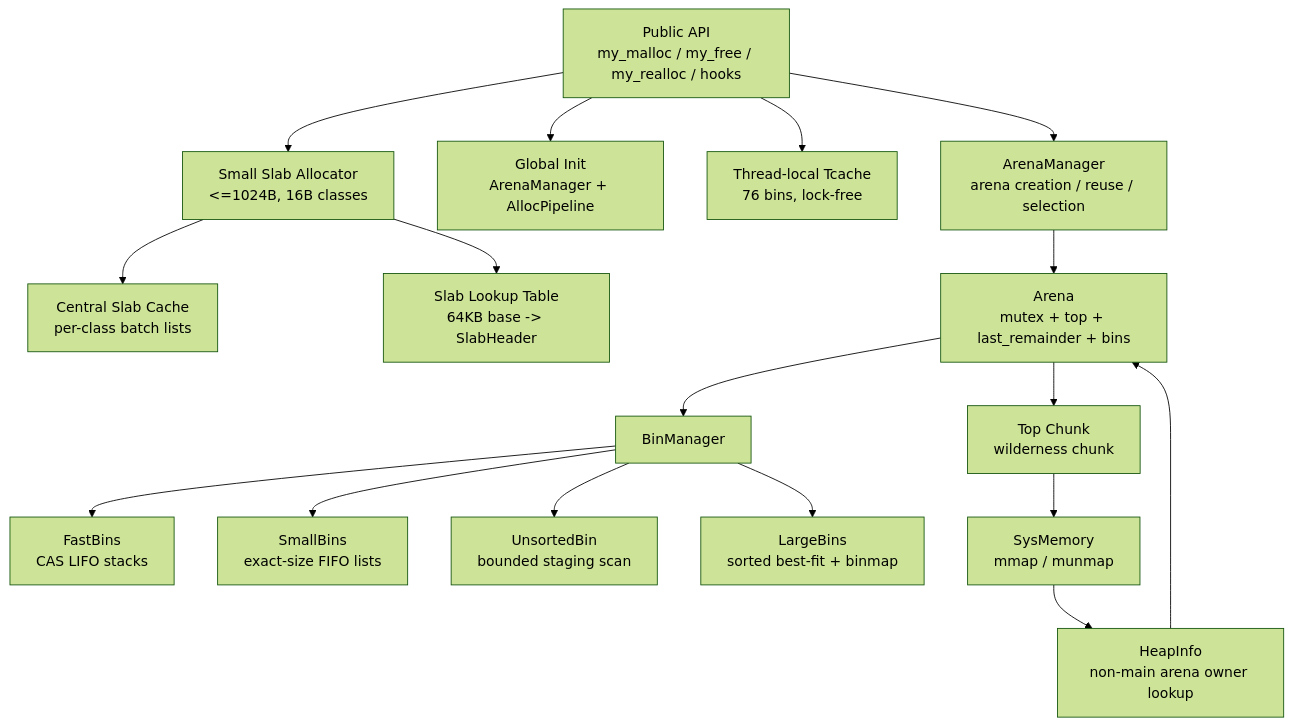
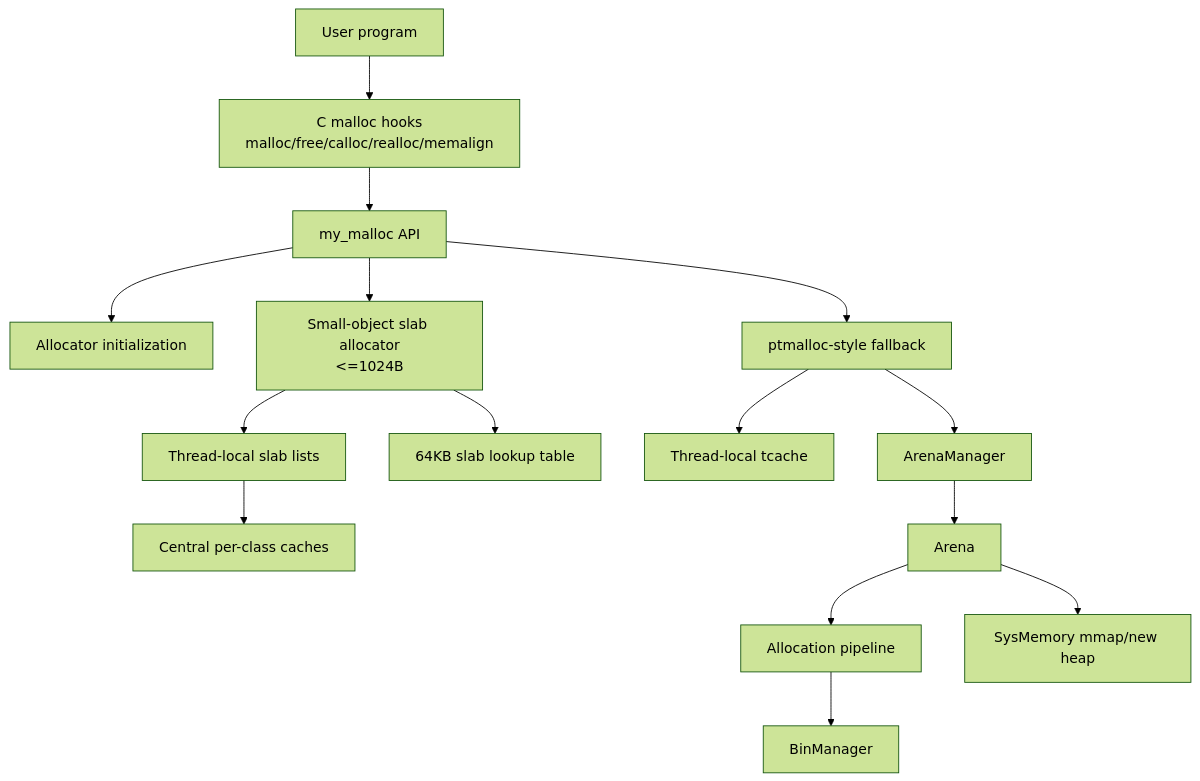
One commit to sdsasf/my_malloc changed the first of 5 diagrams in docs/allocator_design.md. Above: the diagram before and after it, drawn with Mermaid (forest theme). The commit also changed other lines of this file and 10 other files, not shown here.

````diff
--- a/docs/allocator_design.md
+++ b/docs/allocator_design.md
@@ -30,36 +33,31 @@
 ```mermaid
 flowchart TB
-    API["Public API<br/>my_malloc / my_free / my_realloc / hooks"]
-    SLAB["Small Slab Allocator<br/><=1024B, 16B classes"]
-    CENTRAL["Central Slab Cache<br/>per-class batch lists"]
-    SLOOK["Slab Lookup Table<br/>64KB base -> SlabHeader"]
-    Init["Global Init<br/>ArenaManager + AllocPipeline"]
-    TC["Thread-local Tcache<br/>76 bins, lock-free"]
-    AM["ArenaManager<br/>arena creation / reuse / selection"]
-    AR["Arena<br/>mutex + top + last_remainder + bins"]
-    BM["BinManager"]
-    FB["FastBins<br/>CAS LIFO stacks"]
-    SB["SmallBins<br/>exact-size FIFO lists"]
-    UB["UnsortedBin<br/>bounded staging scan"]
-    LB["LargeBins<br/>sorted best-fit + binmap"]
-    TOP["Top Chunk<br/>wilderness chunk"]
-    SYS["SysMemory<br/>mmap / munmap"]
-    HI["HeapInfo<br/>non-main arena owner lookup"]
+    User["User program"]
+    Hooks["C malloc hooks<br/>malloc/free/calloc/realloc/memalign"]
+    API["my_malloc API"]
+    Init["Allocator initialization"]
 
-    API --> Init
-    API --> SLAB
-    SLAB --> CENTRAL
-    SLAB --> SLOOK
-    API --> TC
-    API --> AM
-    AM --> AR
-    AR --> BM
-    BM --> FB
-    BM --> SB
-    BM --> UB
-    BM --> LB
-    AR --> TOP
-    TOP --> SYS
-    SYS --> HI
-    HI --> AR
+    Slab["Small-object slab allocator<br/><=1024B"]
+    SlabLocal["Thread-local slab lists"]
+    SlabCentral["Central per-class caches"]
+    SlabLookup["64KB slab lookup table"]
+
+    Ptmalloc["ptmalloc-style fallback"]
+    Tcache["Thread-local tcache"]
+    ArenaMgr["ArenaManager"]
+    Arena["Arena"]
+    Pipeline["Allocation pipeline"]
+    Bins["BinManager"]
+    Sys["SysMemory mmap/new heap"]
+
+    User --> Hooks --> API --> Init
+    API --> Slab
+    Slab --> SlabLocal
+    SlabLocal --> SlabCentral
+    Slab --> SlabLookup
+    API --> Ptmalloc
+    Ptmalloc --> Tcache
+    Ptmalloc --> ArenaMgr --> Arena
+    Arena --> Pipeline --> Bins
+    Arena --> Sys
 ```
````
